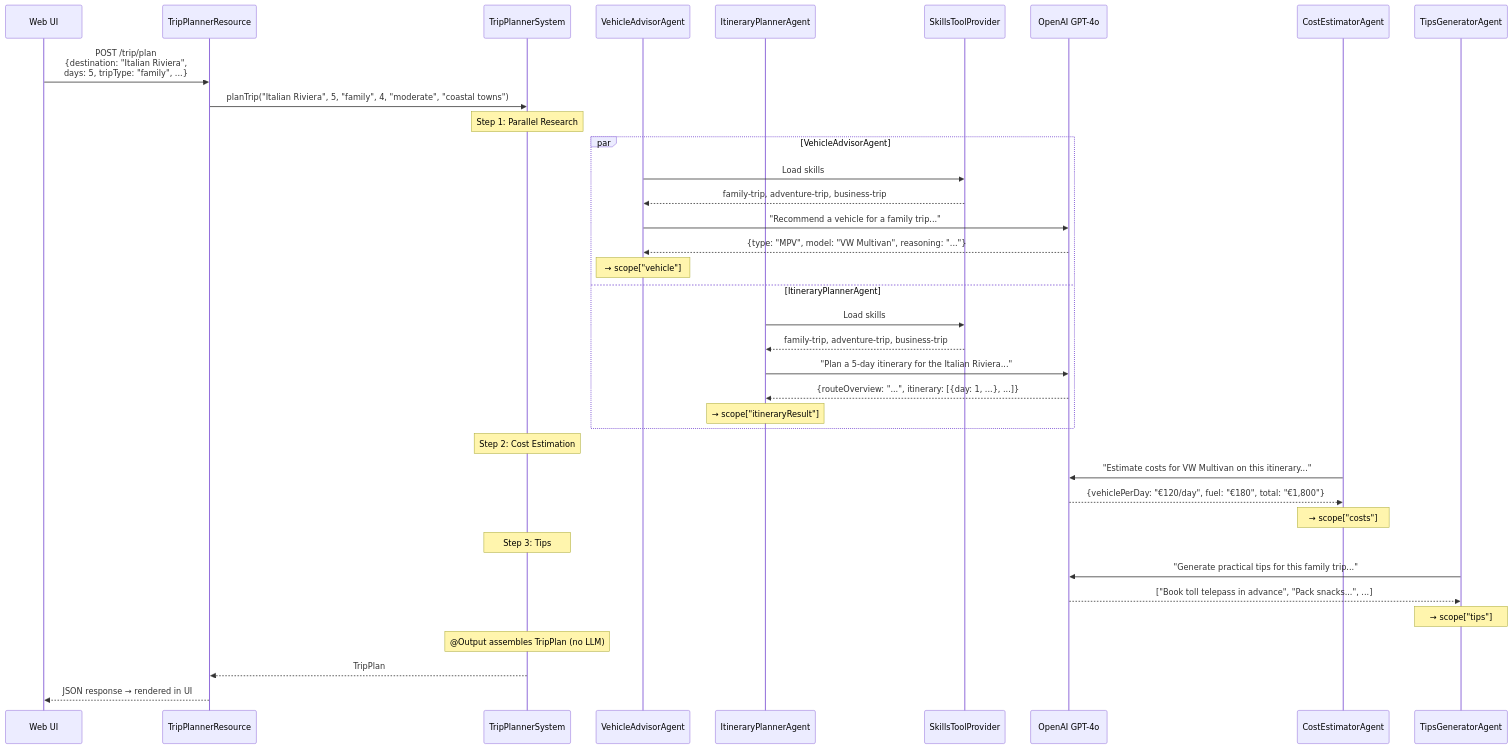
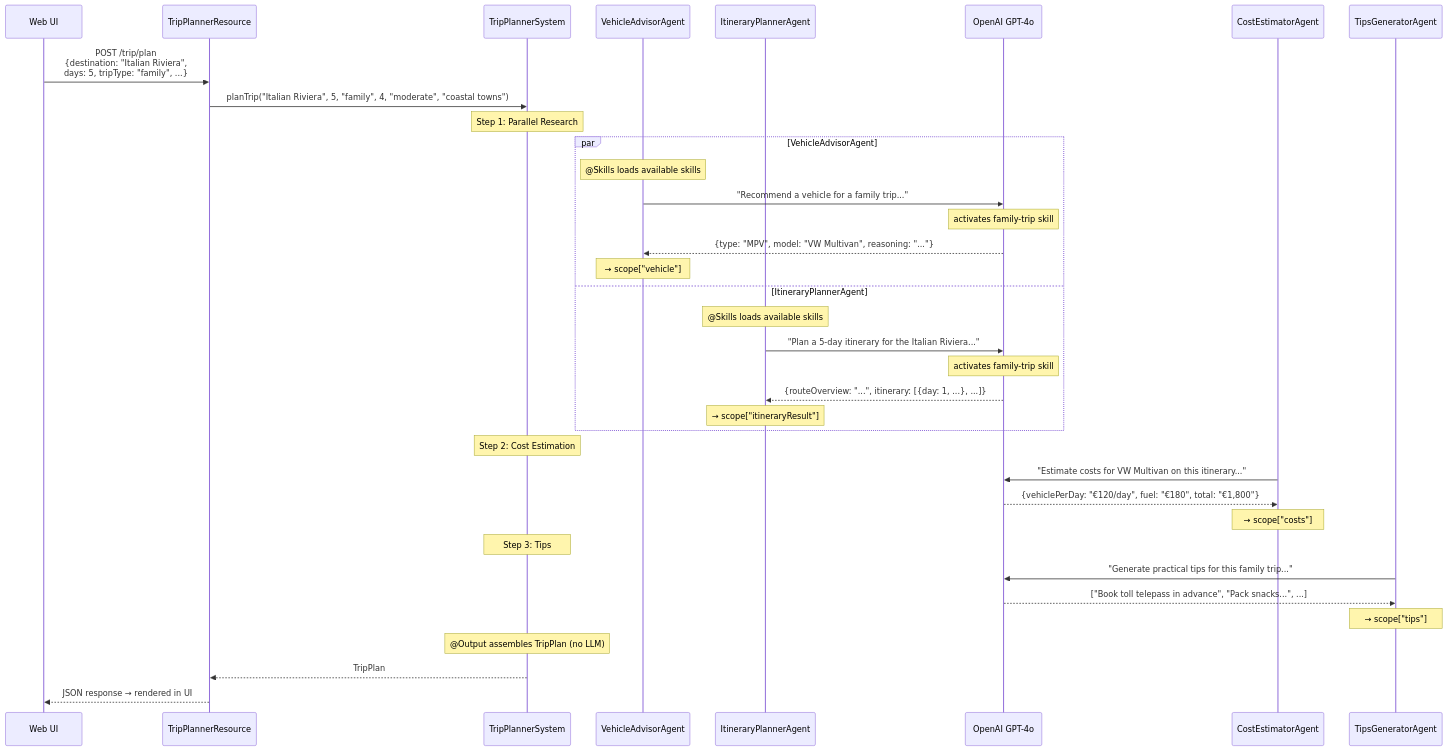
Before and after one commit to quarkusio/quarkus-workshop-langchain4j: the second of 2 diagrams in docs/docs/section-3/step-01.md, drawn with Mermaid. The commit also changed other lines of this file and 28 other files, not shown here.

````diff
--- a/docs/docs/section-3/step-01.md
+++ b/docs/docs/section-3/step-01.md
@@ -408,44 +407,43 @@
 ```mermaid
 sequenceDiagram
     participant User as Web UI
     participant REST as TripPlannerResource
     participant Seq as TripPlannerSystem
     participant VA as VehicleAdvisorAgent
     participant IP as ItineraryPlannerAgent
-    participant Skills as SkillsToolProvider
     participant LLM as OpenAI GPT-4o
     participant CE as CostEstimatorAgent
     participant TG as TipsGeneratorAgent
 
     User->>REST: POST /trip/plan<br/>{destination: "Italian Riviera",<br/>days: 5, tripType: "family", ...}
     REST->>Seq: planTrip("Italian Riviera", 5, "family", 4, "moderate", "coastal towns")
 
     Note over Seq: Step 1: Parallel Research
     par VehicleAdvisorAgent
-        VA->>Skills: Load skills
-        Skills-->>VA: family-trip, adventure-trip, business-trip
+        Note over VA: @Skills loads available skills
         VA->>LLM: "Recommend a vehicle for a family trip..."
+        Note over LLM: activates family-trip skill
         LLM-->>VA: {type: "MPV", model: "VW Multivan", reasoning: "..."}
         Note over VA: → scope["vehicle"]
     and ItineraryPlannerAgent
-        IP->>Skills: Load skills
-        Skills-->>IP: family-trip, adventure-trip, business-trip
+        Note over IP: @Skills loads available skills
         IP->>LLM: "Plan a 5-day itinerary for the Italian Riviera..."
+        Note over LLM: activates family-trip skill
         LLM-->>IP: {routeOverview: "...", itinerary: [{day: 1, ...}, ...]}
         Note over IP: → scope["itineraryResult"]
     end
 
     Note over Seq: Step 2: Cost Estimation
     CE->>LLM: "Estimate costs for VW Multivan on this itinerary..."
     LLM-->>CE: {vehiclePerDay: "€120/day", fuel: "€180", total: "€1,800"}
     Note over CE: → scope["costs"]
 
     Note over Seq: Step 3: Tips
     TG->>LLM: "Generate practical tips for this family trip..."
     LLM-->>TG: ["Book toll telepass in advance", "Pack snacks...", ...]
     Note over TG: → scope["tips"]
 
     Note over Seq: @Output assembles TripPlan (no LLM)
     Seq-->>REST: TripPlan
     REST-->>User: JSON response → rendered in UI
 ```
````
